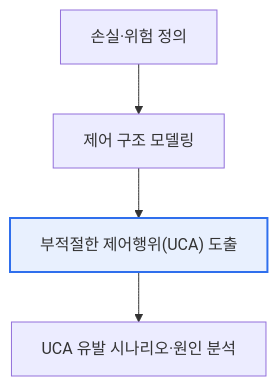
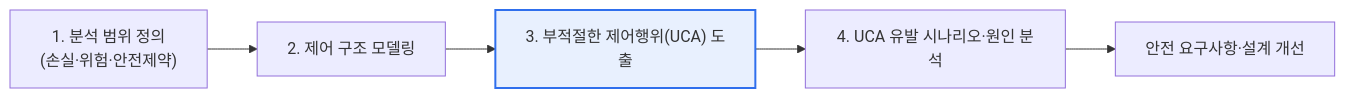
Before and after one commit to coninggu/wjdqhrhksflrltnftk: the second of 2 diagrams in content/stpa.md, drawn with Mermaid. The commit also changed other lines of this file and 3 other files, not shown here.

````diff
--- a/content/stpa.md
+++ b/content/stpa.md
@@ -20,5 +52,8 @@
 ```mermaid
-flowchart TB
-  A[손실·위험 정의] --> B[제어 구조 모델링] --> C["부적절한 제어행위(UCA) 도출"] --> D[UCA 유발 시나리오·원인 분석]
+flowchart LR
+  A["1. 분석 범위 정의<br/>(손실·위험·안전제약)"] --> B["2. 제어 구조 모델링"]
+  B --> C["3. 부적절한 제어행위(UCA) 도출"]
+  C --> D["4. UCA 유발 시나리오·원인 분석"]
+  D --> E["안전 요구사항·설계 개선"]
   style C fill:#e8f0fe,stroke:#2f6fed,stroke-width:2px
 ```
````
